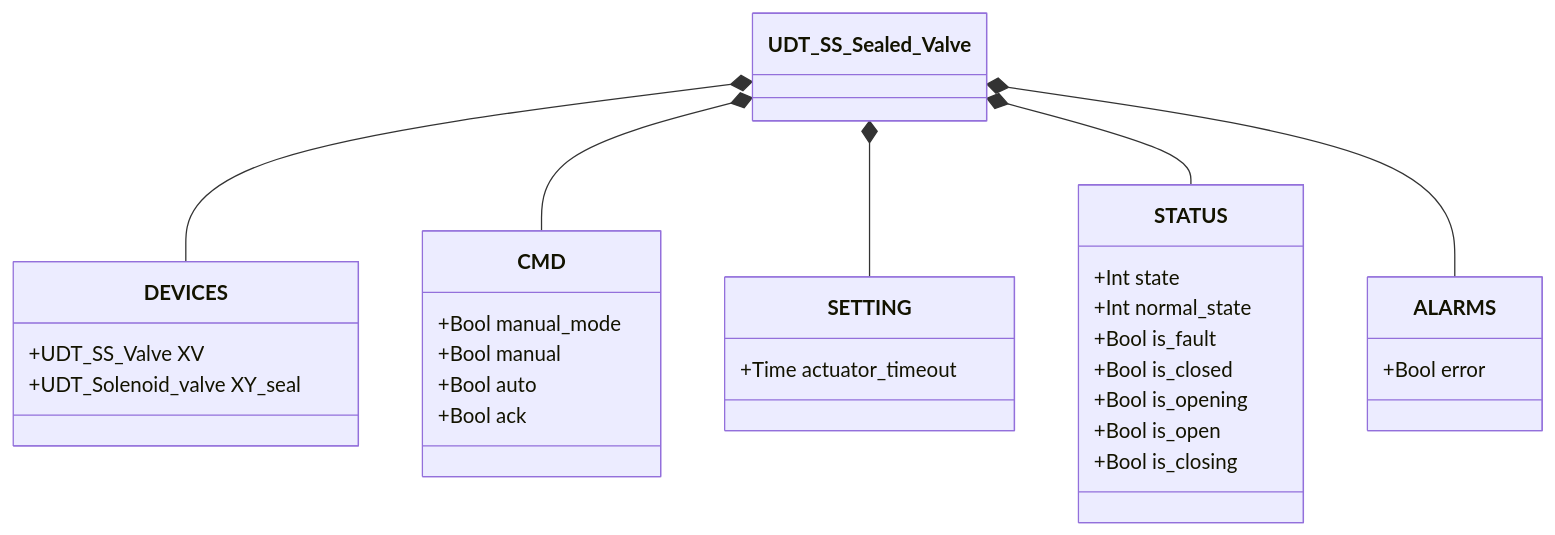
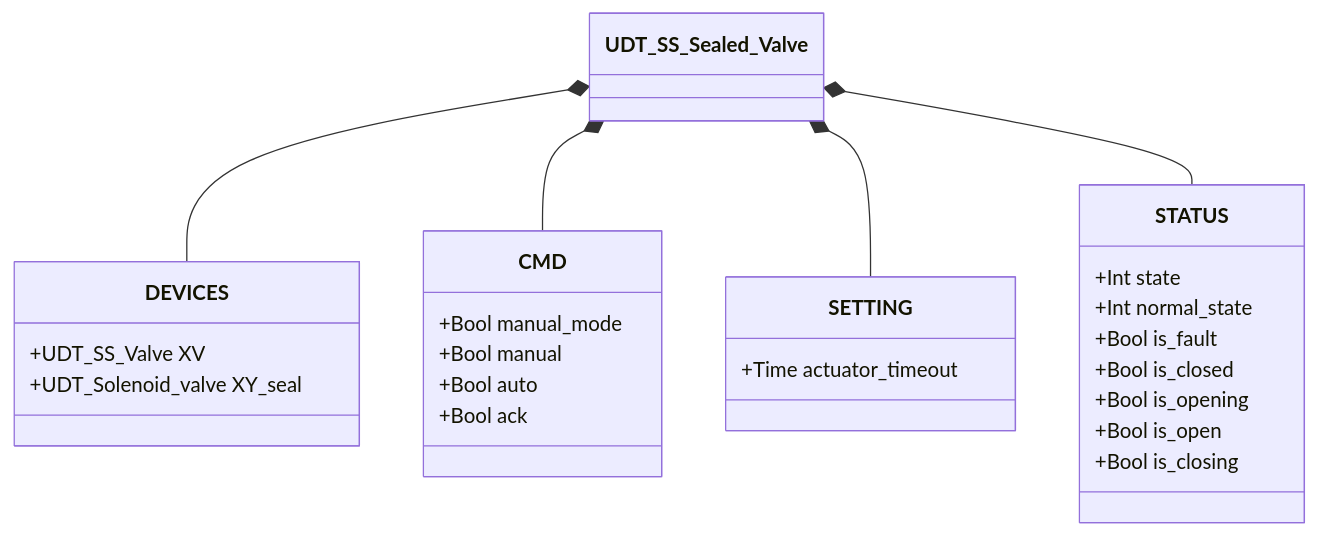
One commit to AleFire99/TIA_knowledge changed the diagram in docs/library/valves/sealed/ss/index.en.md. Above: the diagram before and after it, drawn with Mermaid. The commit also changed other lines of this file and 199 other files, not shown here.

````diff
--- a/docs/library/valves/sealed/ss/index.en.md
+++ b/docs/library/valves/sealed/ss/index.en.md
@@ -80,34 +82,30 @@
 ```mermaid
 classDiagram
     class UDT_SS_Sealed_Valve
     class DEVICES {
         +UDT_SS_Valve XV
         +UDT_Solenoid_valve XY_seal
     }
     class CMD {
         +Bool manual_mode
         +Bool manual
         +Bool auto
         +Bool ack
     }
     class SETTING {
         +Time actuator_timeout
     }
     class STATUS {
         +Int state
         +Int normal_state
         +Bool is_fault
         +Bool is_closed
         +Bool is_opening
         +Bool is_open
         +Bool is_closing
     }
-    class ALARMS {
-        +Bool error
-    }
     UDT_SS_Sealed_Valve *-- DEVICES
     UDT_SS_Sealed_Valve *-- CMD
     UDT_SS_Sealed_Valve *-- SETTING
     UDT_SS_Sealed_Valve *-- STATUS
-    UDT_SS_Sealed_Valve *-- ALARMS
 ```
````
